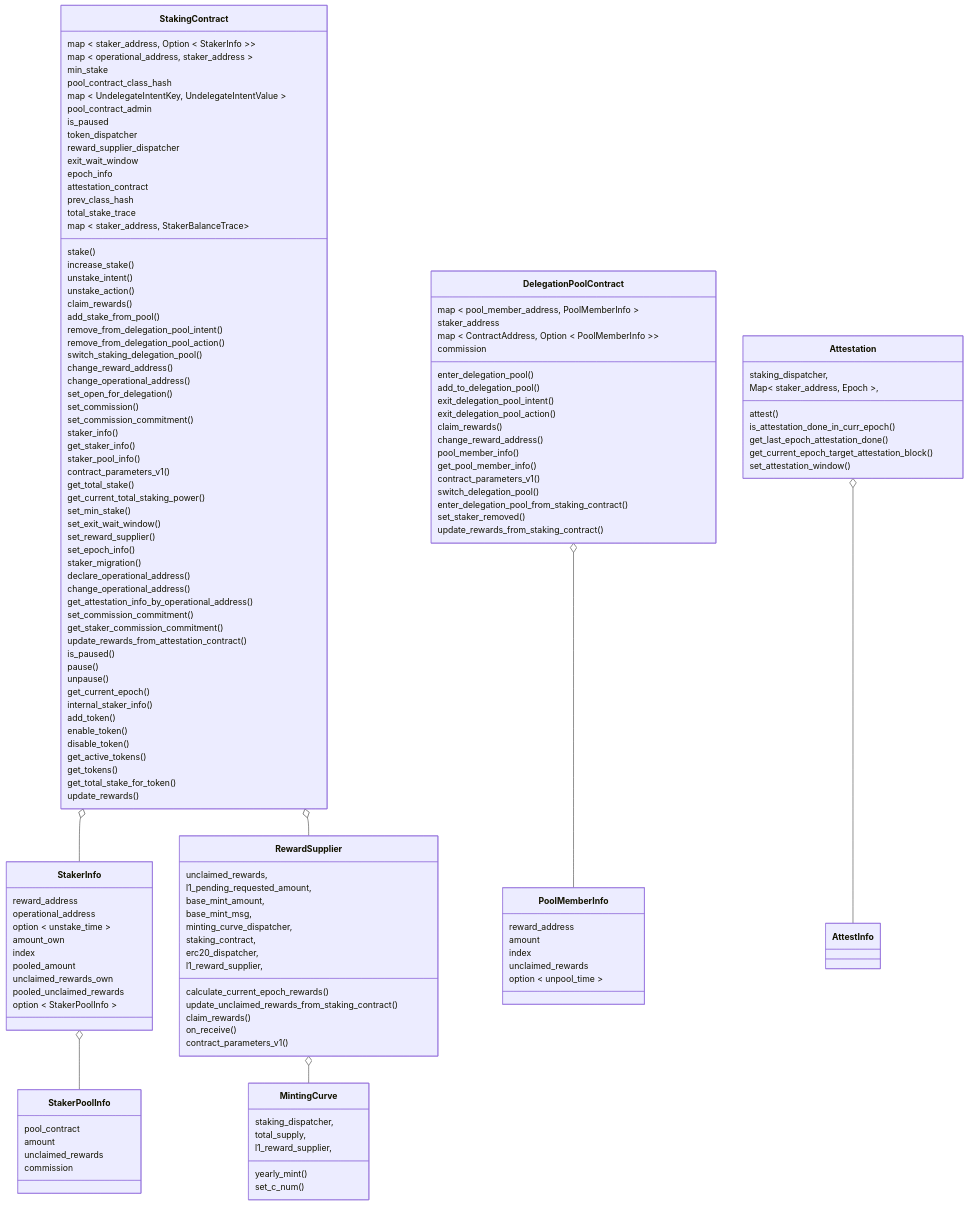
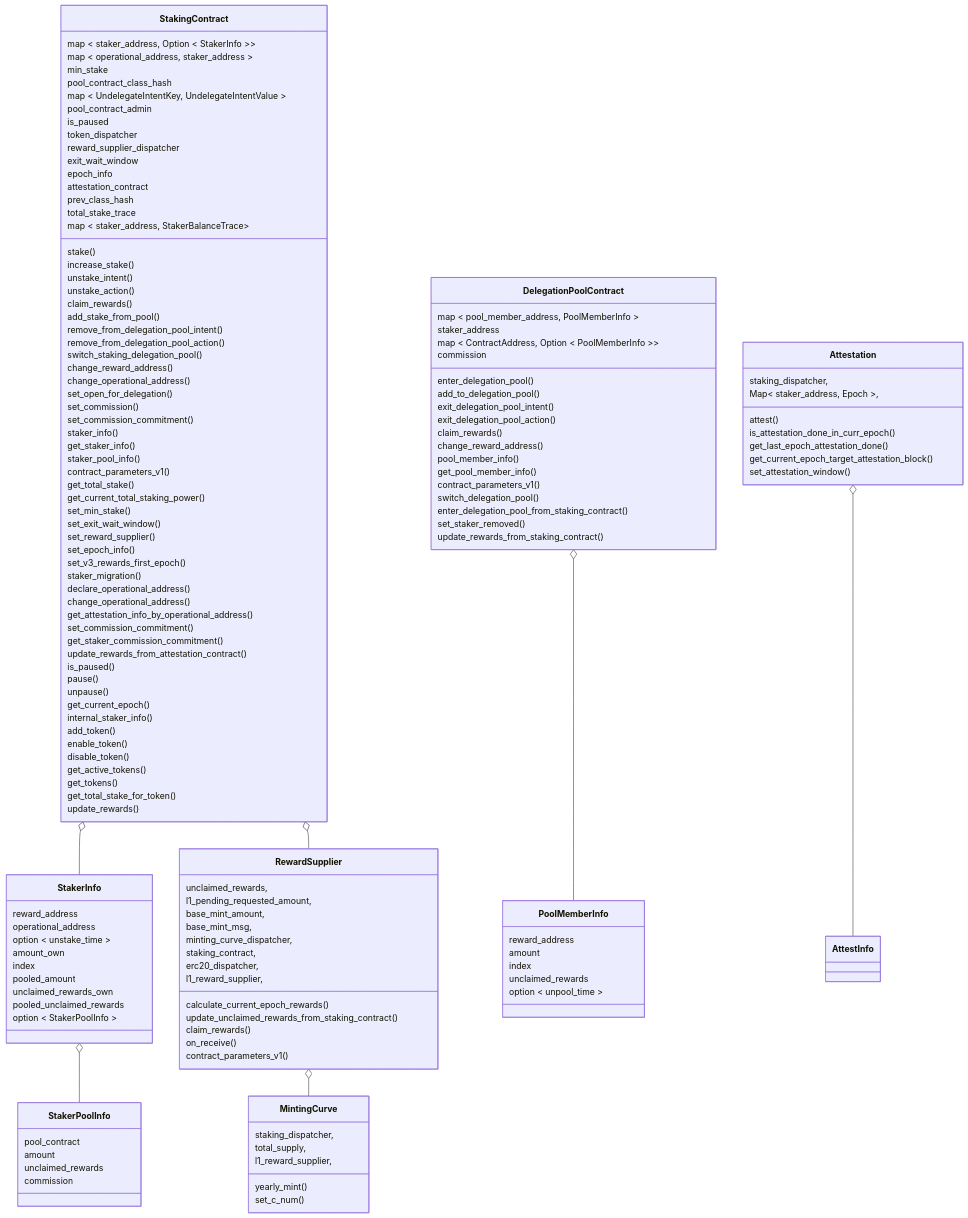
One commit to starkware-libs/starknet-staking changed the first of 8 diagrams in workspace/apps/staking/docs/spec.md. Above: the diagram before and after it, drawn with Mermaid. The commit also changed other lines of this file and 5 other files, not shown here.

```diff
--- a/workspace/apps/staking/docs/spec.md
+++ b/workspace/apps/staking/docs/spec.md
@@ -310,6 +312,7 @@
     set_exit_wait_window()
     set_reward_supplier()
     set_epoch_info()
+    set_v3_rewards_first_epoch()
     staker_migration()
     declare_operational_address()
     change_operational_address()
```
